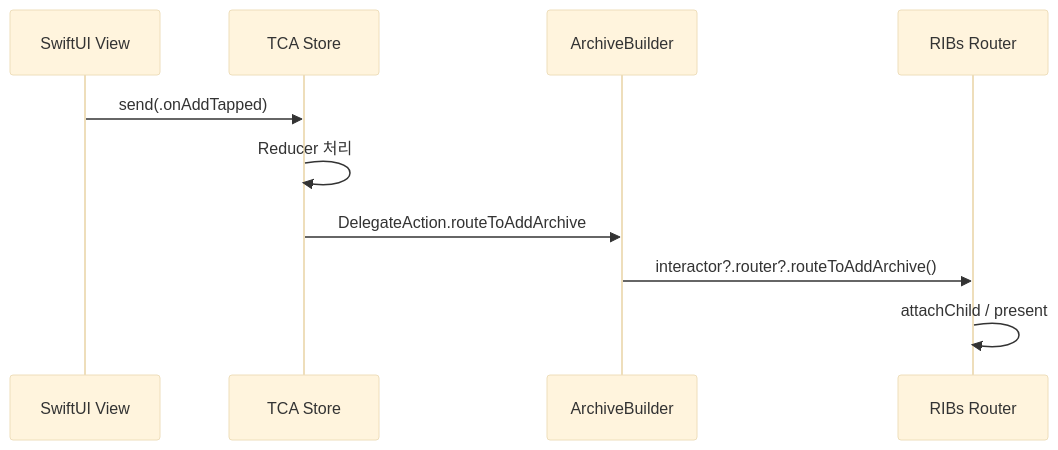
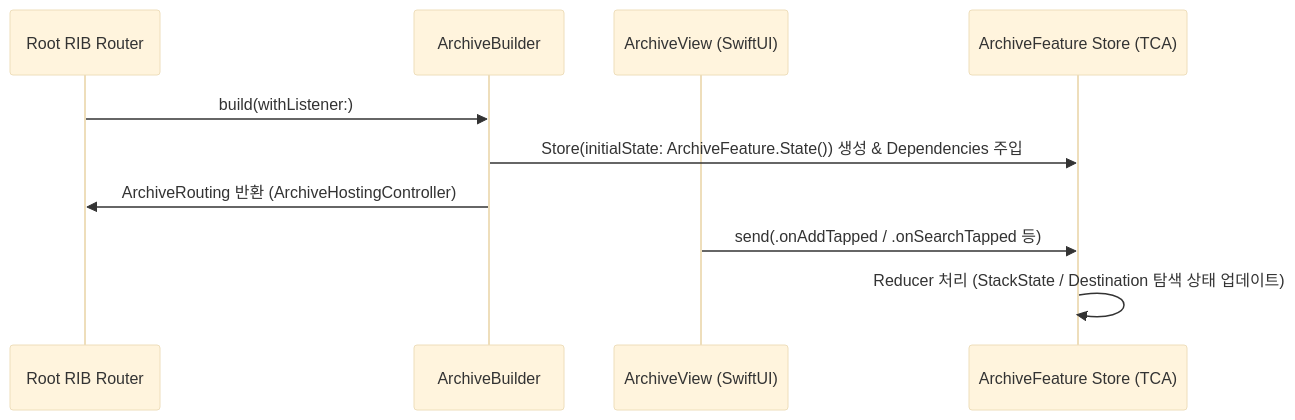
Before and after one commit to carti1108/MusicSearch: the third of 3 diagrams in README.md, drawn with Mermaid (base theme). The commit also changed other lines of this file, not shown here.

````diff
--- a/README.md
+++ b/README.md
@@ -158,13 +169,13 @@
 ```mermaid
 sequenceDiagram
-    participant View as SwiftUI View
-    participant Store as TCA Store
+    participant RootRouter as Root RIB Router
     participant Builder as ArchiveBuilder
-    participant Router as RIBs Router
+    participant View as ArchiveView (SwiftUI)
+    participant Store as ArchiveFeature Store (TCA)
 
-    View->>Store: send(.onAddTapped)
-    Store->>Store: Reducer 처리
-    Store->>Builder: DelegateAction.routeToAddArchive
-    Builder->>Router: interactor?.router?.routeToAddArchive()
-    Router->>Router: attachChild / present
+    RootRouter->>Builder: build(withListener:)
+    Builder->>Store: Store(initialState: ArchiveFeature.State()) 생성 & Dependencies 주입
+    Builder->>RootRouter: ArchiveRouting 반환 (ArchiveHostingController)
+    View->>Store: send(.onAddTapped / .onSearchTapped 등)
+    Store->>Store: Reducer 처리 (StackState / Destination 탐색 상태 업데이트)
 ```
````
